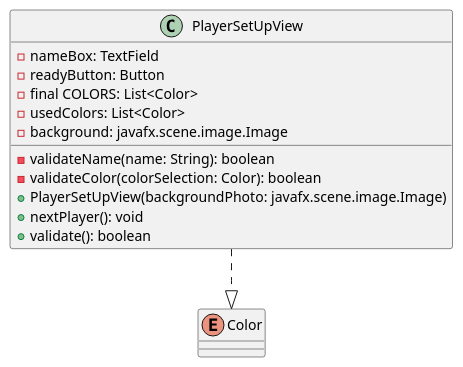
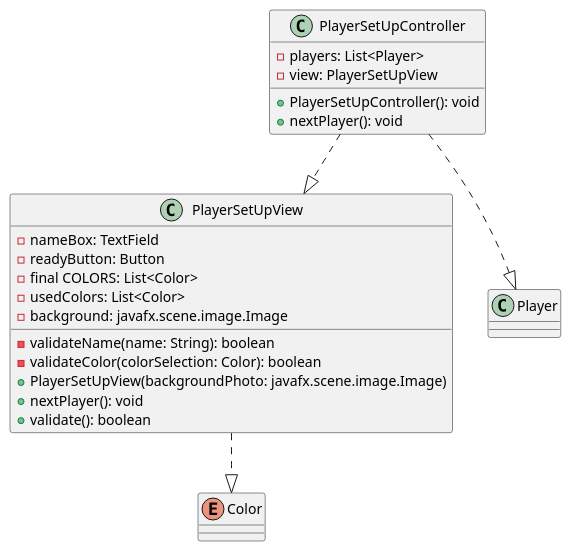
The diagram in docs/design/set_up_screens/PlayerSetUpView.puml (nu-cs-sqe/cs380-software-quality-engineering-20262701-course-project-group-5), drawn with PlantUML before and after one commit. The commit also changed 1 other file, not shown here.

Commit message:
added barebones controller to design

```diff
--- a/docs/design/set_up_screens/PlayerSetUpView.puml
+++ b/docs/design/set_up_screens/PlayerSetUpView.puml
@@ -1,29 +1,40 @@
 @startuml
 'https://plantuml.com/class-diagram
 
 class PlayerSetUpView {
 
     -nameBox: TextField
     -readyButton: Button
     -final COLORS: List<Color>
     -usedColors: List<Color>
     -background: javafx.scene.image.Image
 
     -validateName(name: String): boolean
     -validateColor(colorSelection: Color): boolean
     +PlayerSetUpView(backgroundPhoto: javafx.scene.image.Image)
     ' should be available to the
     +nextPlayer(): void
     +validate(): boolean
 
 }
 
+class PlayerSetUpController {
+
+    -players: List<Player>
+    -view: PlayerSetUpView
+
+    +PlayerSetUpController(): void
+    +nextPlayer(): void
+}
+
 
 
 enum Color {
 }
 
 
 PlayerSetUpView ..|> Color
+PlayerSetUpController ..|> Player
+PlayerSetUpController ..|> PlayerSetUpView
 
 @enduml
```
